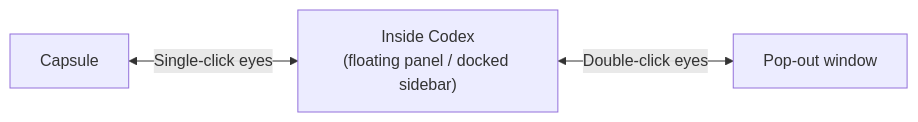
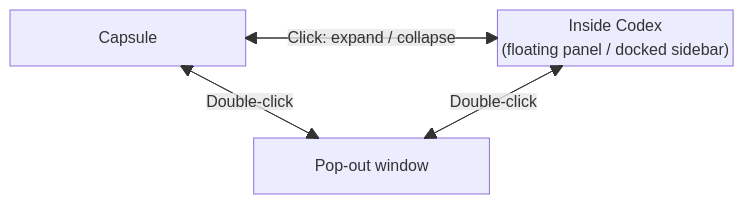
One commit to 0xTotoroX/codex-buddy changed the diagram in README.md. Above: the diagram before and after it, drawn with Mermaid. The commit also changed other lines of this file and 6 other files, not shown here.

Commit message:
fix(workbench): unify transparent tools and complete state diagrams

````diff
--- a/README.md
+++ b/README.md
@@ -44,6 +44,14 @@
 ```mermaid
-%%{init: {"flowchart": {"curve": "linear"}}}%%
-flowchart LR
-    capsule["Capsule"] <-->|Single-click eyes| inside["Inside Codex<br/>(floating panel / docked sidebar)"]
-    inside <-->|Double-click eyes| popout["Pop-out window"]
+%%{init: {"themeCSS": ".edgeLabel span { background-color: Canvas; color: CanvasText; }"}}%%
+block-beta
+    columns 3
+    capsule["Capsule"] space inside["Inside Codex<br/>(floating panel / docked sidebar)"]
+    space:3
+    space popout["Pop-out window"] space
+    inside --> capsule
+    popout --> capsule
+    popout --> inside
+    capsule -- "Click: expand / collapse" --> inside
+    capsule -- "Double-click" --> popout
+    inside -- "Double-click" --> popout
 ```
````
